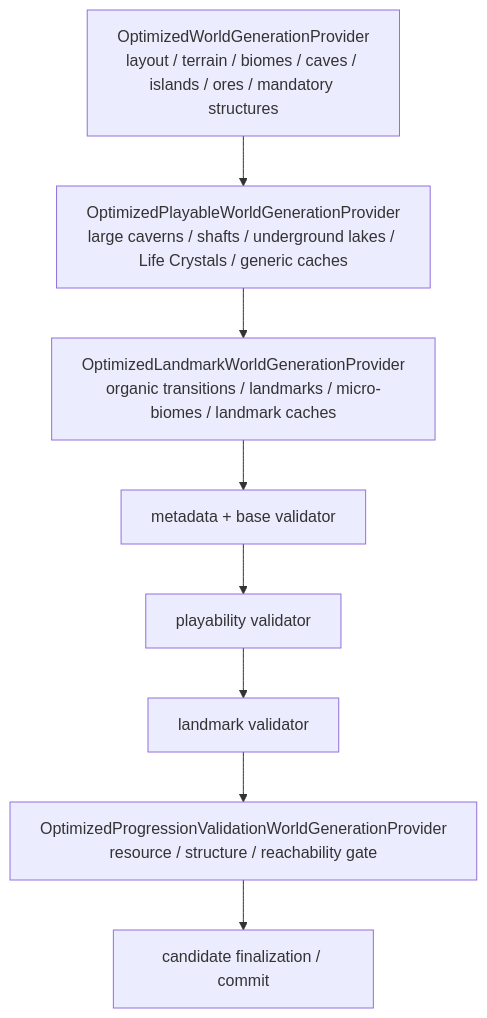
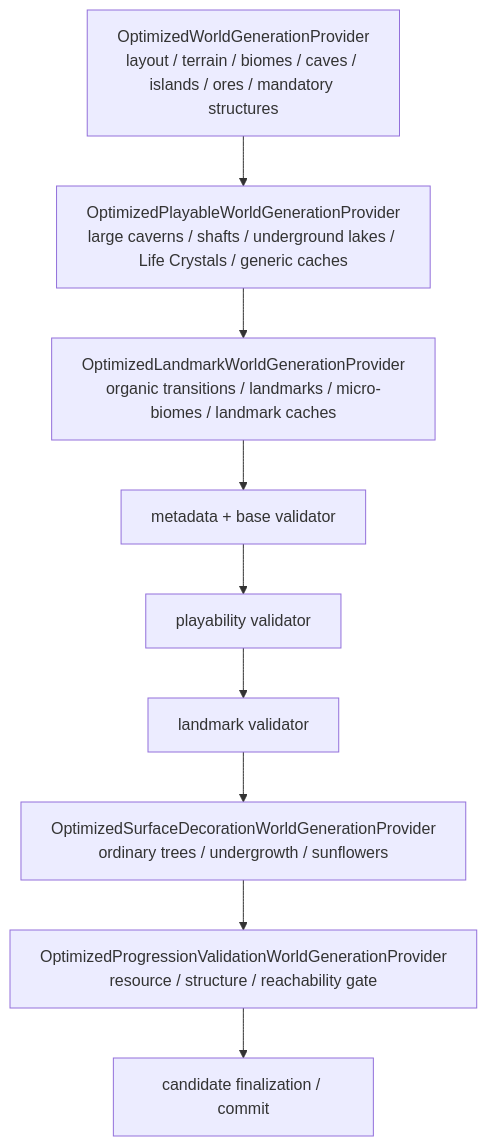
Before and after one commit to VegaKernel/TerraRuntime: the diagram in docs/en/optimized-world-generation.md, drawn with Mermaid. The commit also changed other lines of this file and 7 other files, not shown here.

Commit message:
Populate optimized worlds with surface life

````diff
--- a/docs/en/optimized-world-generation.md
+++ b/docs/en/optimized-world-generation.md
@@ -24,13 +24,14 @@
 ```mermaid
 flowchart TD
     Base["OptimizedWorldGenerationProvider<br/>layout / terrain / biomes / caves / islands / ores / mandatory structures"]
     Play["OptimizedPlayableWorldGenerationProvider<br/>large caverns / shafts / underground lakes / Life Crystals / generic caches"]
     Land["OptimizedLandmarkWorldGenerationProvider<br/>organic transitions / landmarks / micro-biomes / landmark caches"]
     Meta["metadata + base validator"]
     PVal["playability validator"]
     LVal["landmark validator"]
+    Surf["OptimizedSurfaceDecorationWorldGenerationProvider<br/>ordinary trees / undergrowth / sunflowers"]
     Prog["OptimizedProgressionValidationWorldGenerationProvider<br/>resource / structure / reachability gate"]
     Commit["candidate finalization / commit"]
 
-    Base --> Play --> Land --> Meta --> PVal --> LVal --> Prog --> Commit
+    Base --> Play --> Land --> Meta --> PVal --> LVal --> Surf --> Prog --> Commit
 ```
````
